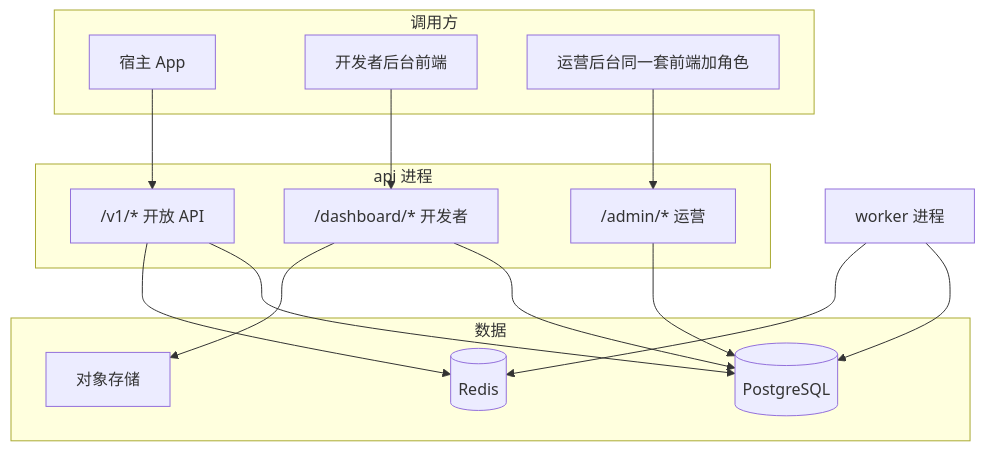
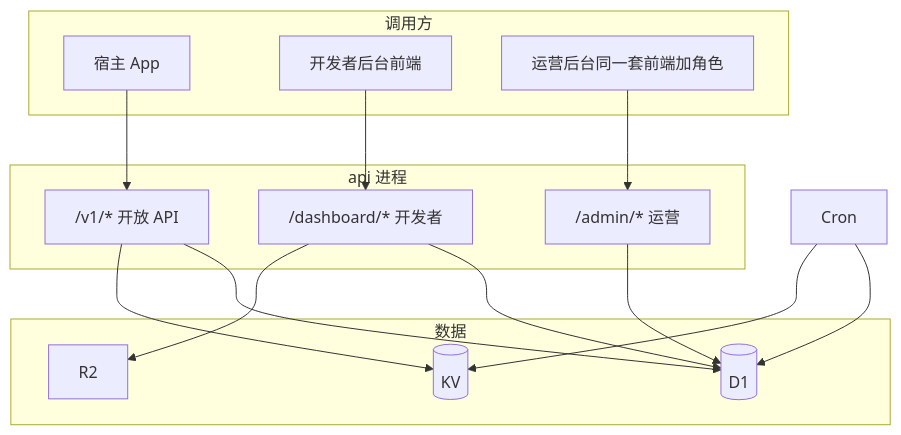
The first of 3 diagrams in TECH-appunions-backend.md (w2solo/appunion), drawn with Mermaid before and after one commit. The commit also changed other lines of this file and 59 other files, not shown here.

````diff
--- a/TECH-appunions-backend.md
+++ b/TECH-appunions-backend.md
@@ -63,33 +63,33 @@
 ```mermaid
 flowchart TB
   subgraph clients [调用方]
     Mobile[宿主 App]
     Web[开发者后台前端]
     Ops[运营后台同一套前端加角色]
   end
 
   subgraph api [api 进程]
     OpenAPI["/v1/* 开放 API"]
     DashAPI["/dashboard/* 开发者"]
     AdminAPI["/admin/* 运营"]
   end
 
   subgraph data [数据]
-    PG[(PostgreSQL)]
-    Redis[(Redis)]
-    S3[对象存储]
+    PG[(D1)]
+    Redis[(KV)]
+    S3[R2]
   end
 
-  Worker[worker 进程]
+  Worker[Cron]
 
   Mobile --> OpenAPI
   Web --> DashAPI
   Ops --> AdminAPI
   OpenAPI --> PG
   OpenAPI --> Redis
   DashAPI --> PG
   DashAPI --> S3
   AdminAPI --> PG
   Worker --> PG
   Worker --> Redis
 ```
````
